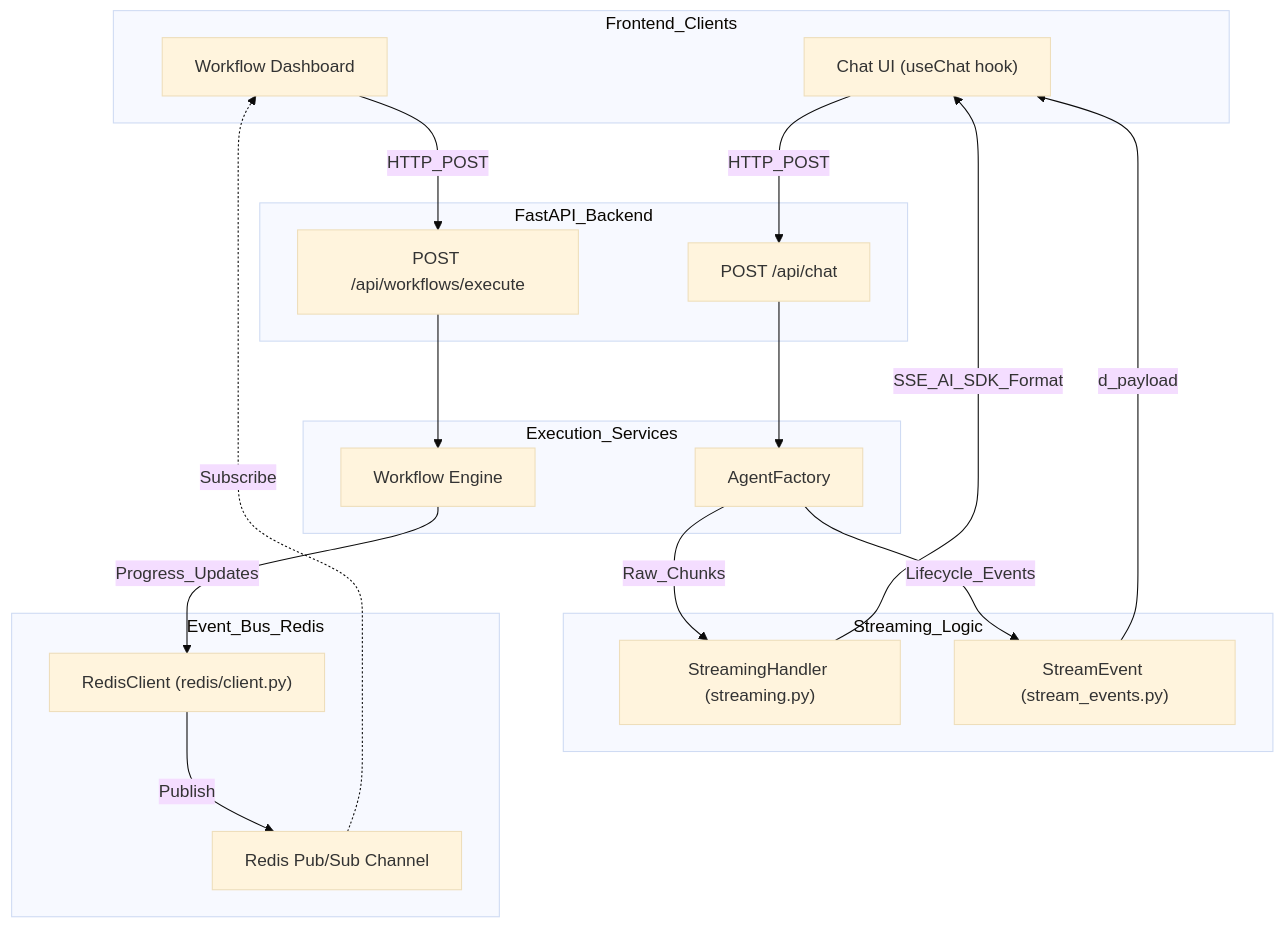
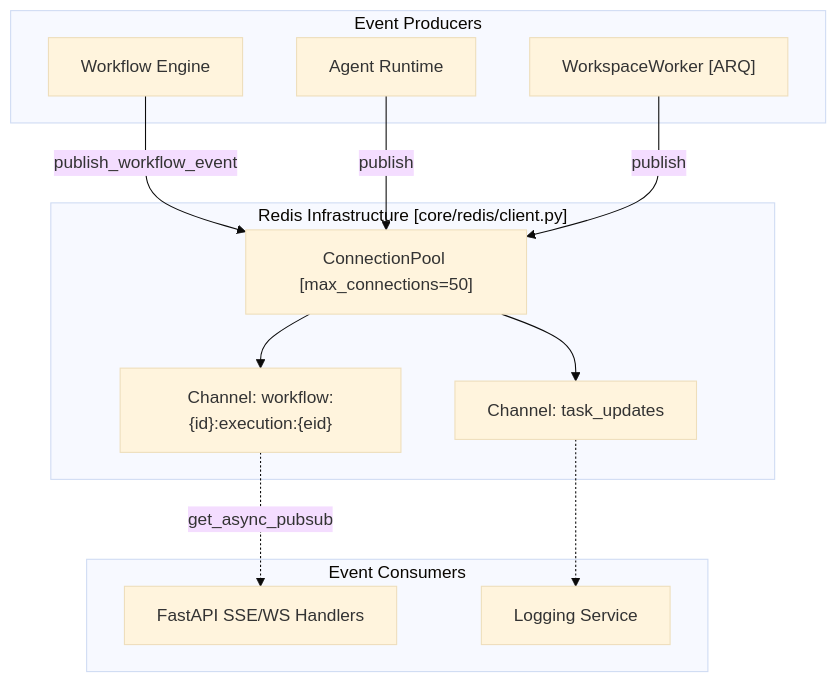
Before and after one commit to AutomatosAI/automatos-ai: the first of 2 diagrams in docs/backend-architecture/real-time-updates.md, drawn with Mermaid (base theme). The commit also changed other lines of this file and 153 other files, not shown here.

````diff
--- a/docs/backend-architecture/real-time-updates.md
+++ b/docs/backend-architecture/real-time-updates.md
@@ -54,40 +41,27 @@
 ```mermaid
-graph TB
-    subgraph "Frontend_Clients"
-        ChatUI["Chat UI (useChat hook)"]
-        WorkflowUI["Workflow Dashboard"]
+graph TD
+    subgraph "Event Producers"
+        WorkflowEngine["Workflow Engine"]
+        AgentRuntime["Agent Runtime"]
+        WorkspaceWorker["WorkspaceWorker [ARQ]"]
     end
-    
-    subgraph "FastAPI_Backend"
-        ChatAPI["POST /api/chat"]
-        WorkflowAPI["POST /api/workflows/execute"]
+
+    subgraph "Redis Infrastructure [core/redis/client.py]"
+        RedisPool["ConnectionPool [max_connections=50]"]
+        WorkflowChan["Channel: workflow:{id}:execution:{eid}"]
+        TaskChan["Channel: task_updates"]
     end
-    
-    subgraph "Streaming_Logic"
-        StreamingHandler["StreamingHandler (streaming.py)"]
-        StreamEvent["StreamEvent (stream_events.py)"]
+
+    subgraph "Event Consumers"
+        FastAPI["FastAPI SSE/WS Handlers"]
+        LogSvc["Logging Service"]
     end
-    
-    subgraph "Event_Bus_Redis"
-        RedisClient["RedisClient (redis/client.py)"]
-        RedisPubSub["Redis Pub/Sub Channel"]
-    end
-    
-    subgraph "Execution_Services"
-        AgentFactory["AgentFactory"]
-        WorkflowEngine["Workflow Engine"]
-    end
-    
-    ChatUI -->|HTTP_POST| ChatAPI
-    ChatAPI --> AgentFactory
-    AgentFactory -->|Raw_Chunks| StreamingHandler
-    AgentFactory -->|Lifecycle_Events| StreamEvent
-    StreamingHandler -->|SSE_AI_SDK_Format| ChatUI
-    StreamEvent -->|d_payload| ChatUI
-    
-    WorkflowUI -->|HTTP_POST| WorkflowAPI
-    WorkflowAPI --> WorkflowEngine
-    WorkflowEngine -->|Progress_Updates| RedisClient
-    RedisClient -->|Publish| RedisPubSub
-    RedisPubSub -.->|Subscribe| WorkflowUI
+
+    WorkflowEngine -->|publish_workflow_event| RedisPool
+    AgentRuntime -->|publish| RedisPool
+    WorkspaceWorker -->|publish| RedisPool
+    RedisPool --> WorkflowChan
+    RedisPool --> TaskChan
+    WorkflowChan -.->|get_async_pubsub| FastAPI
+    TaskChan -.-> LogSvc
 ```
````
